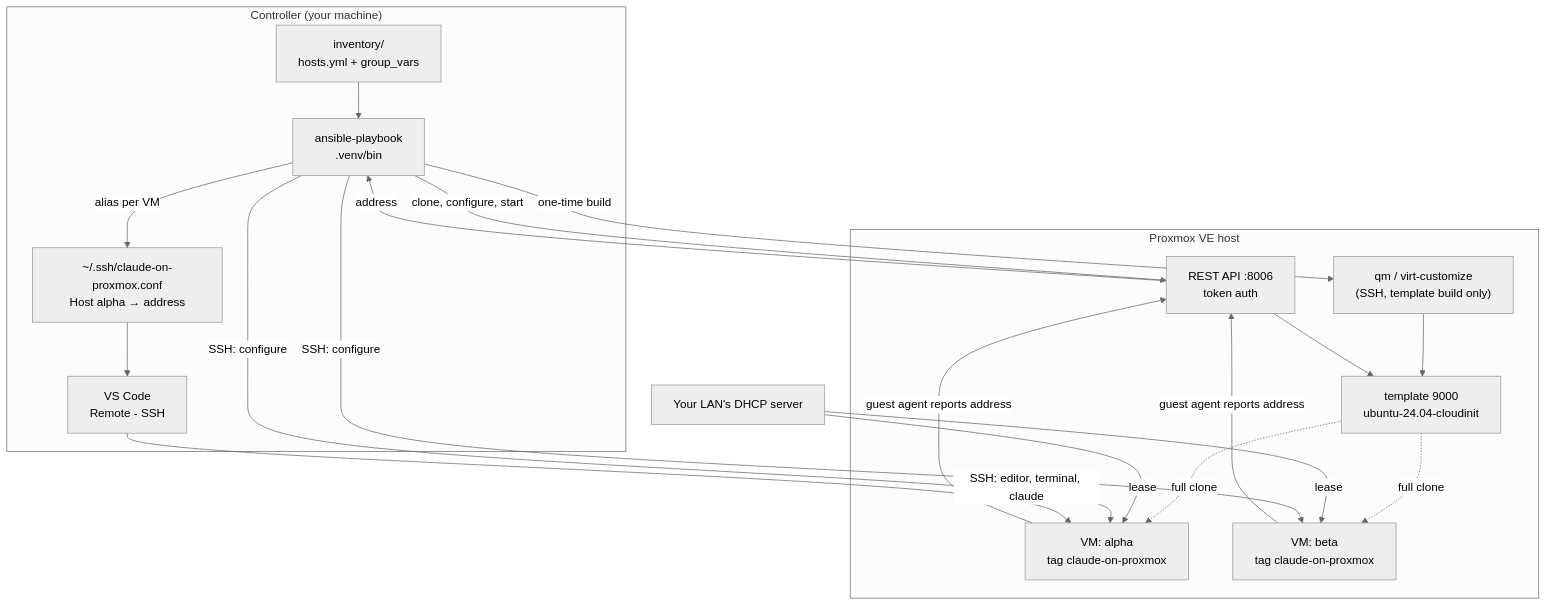
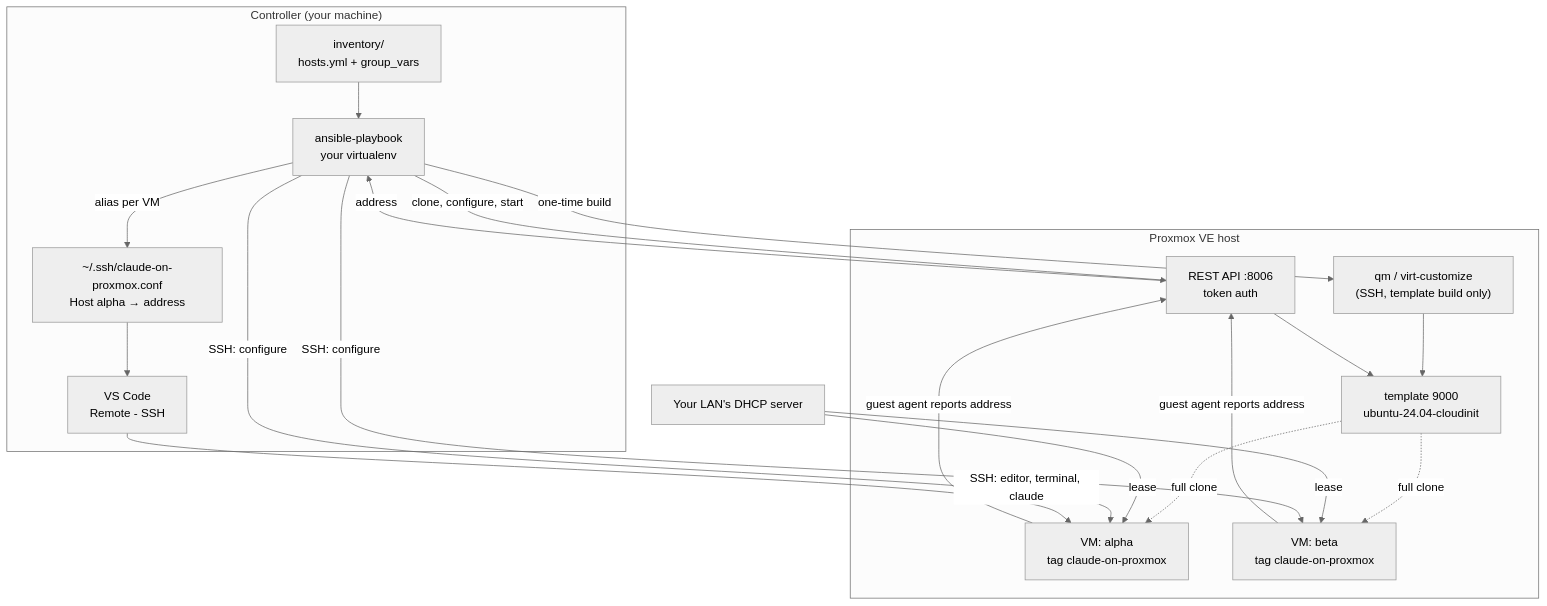
The diagram in docs/architecture/README.md (kawadeomkar/claude-on-proxmox), drawn with Mermaid (neutral theme) before and after one commit. The commit also changed 105 other files, not shown here.

````diff
--- a/docs/architecture/README.md
+++ b/docs/architecture/README.md
@@ -60,35 +60,35 @@
 ```mermaid
 flowchart TB
     subgraph C["Controller (your machine)"]
-        A["ansible-playbook<br/>.venv/bin"]
+        A["ansible-playbook<br/>your virtualenv"]
         INV["inventory/<br/>hosts.yml + group_vars"]
         SSHC["~/.ssh/claude-on-proxmox.conf<br/>Host alpha → address"]
         VSC["VS Code<br/>Remote - SSH"]
     end
     subgraph P["Proxmox VE host"]
         API["REST API :8006<br/>token auth"]
         QM["qm / virt-customize<br/>(SSH, template build only)"]
         TPL["template 9000<br/>ubuntu-24.04-cloudinit"]
         VM1["VM: alpha<br/>tag claude-on-proxmox"]
         VM2["VM: beta<br/>tag claude-on-proxmox"]
     end
     DHCP["Your LAN's DHCP server"]
 
     A -->|"clone, configure, start"| API
     A -->|"one-time build"| QM
     QM --> TPL
     API --> TPL
     TPL -.->|"full clone"| VM1
     TPL -.->|"full clone"| VM2
     DHCP -->|"lease"| VM1
     DHCP -->|"lease"| VM2
     VM1 -->|"guest agent reports address"| API
     VM2 -->|"guest agent reports address"| API
     API -->|"address"| A
     A -->|"SSH: configure"| VM1
     A -->|"SSH: configure"| VM2
     INV --> A
     A -->|"alias per VM"| SSHC
     SSHC --> VSC
     VSC -->|"SSH: editor, terminal, claude"| VM1
 ```
````
